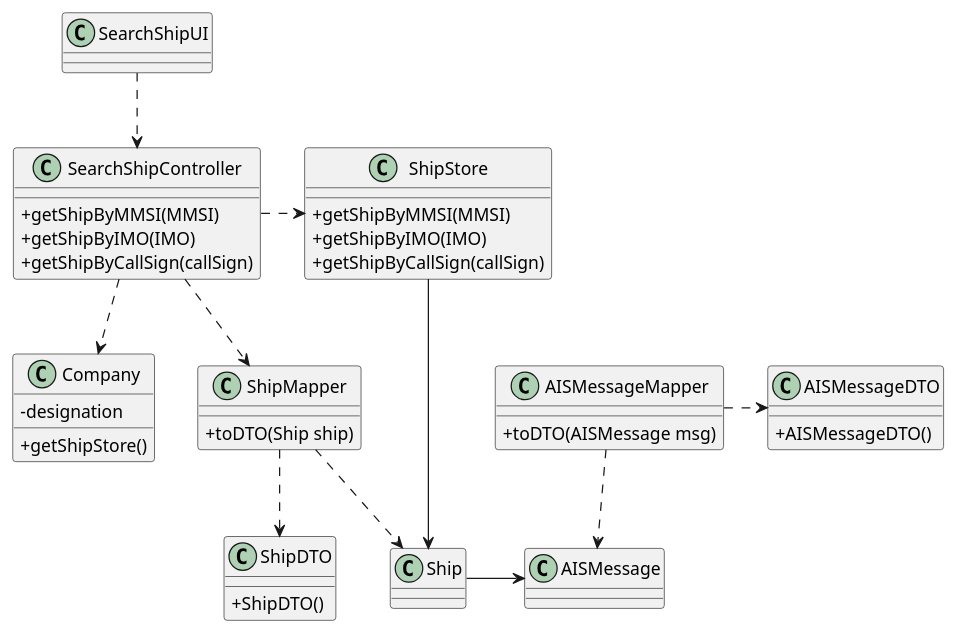
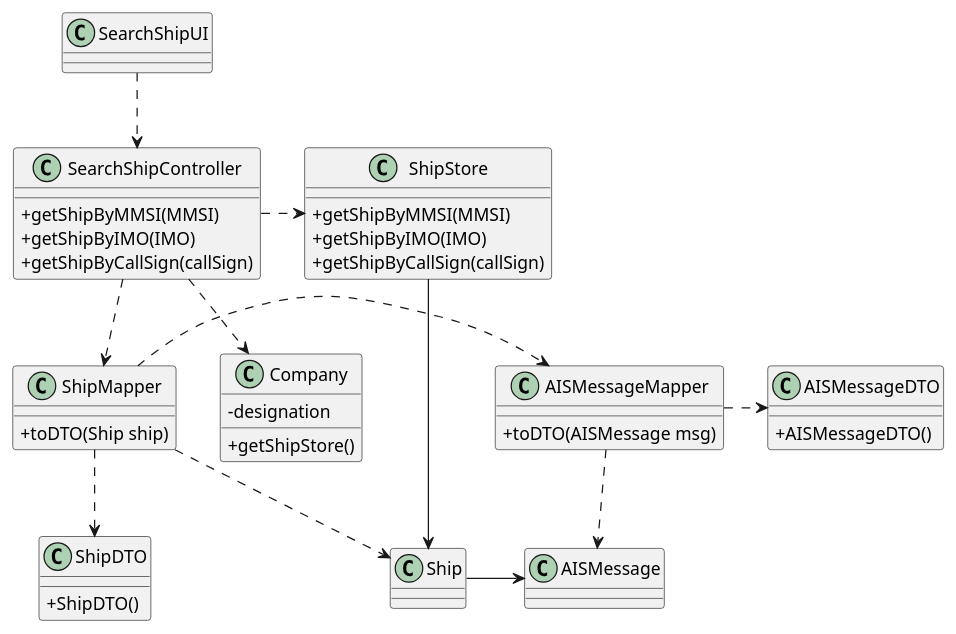
One commit to mpoboas/lapr3-2021-g102 changed the diagram in docs/Sprint1/US102/US102_CD.puml. Above: the diagram before and after it, drawn with PlantUML. The commit also changed 3 other files, not shown here.

```diff
--- a/docs/Sprint1/US102/US102_CD.puml
+++ b/docs/Sprint1/US102/US102_CD.puml
@@ -1,46 +1,47 @@
 @startuml
 skinparam classAttributeIconSize 0
 
 class Company {
 -designation
 +getShipStore()
 }
 class SearchShipController {
 +getShipByMMSI(MMSI)
 +getShipByIMO(IMO)
 +getShipByCallSign(callSign)
 }
 class SearchShipUI {
 }
 class ShipStore{
 +getShipByMMSI(MMSI)
 +getShipByIMO(IMO)
 +getShipByCallSign(callSign)
 }
 class ShipDTO{
 +ShipDTO()
 }
 class ShipMapper{
 +toDTO(Ship ship)
 }
 class AISMessageDTO{
 +AISMessageDTO()
 }
 class AISMessageMapper{
 +toDTO(AISMessage msg)
 }
 class Ship{}
 class AISMessage{}
 
 SearchShipUI ..> SearchShipController
 SearchShipController ..> Company
 SearchShipController ..> ShipMapper
 SearchShipController .> ShipStore
 ShipMapper ..> ShipDTO
+ShipMapper .> AISMessageMapper
 ShipMapper ..> Ship
 ShipStore -> Ship
 Ship -> AISMessage
 AISMessageMapper ..> AISMessage
 AISMessageMapper .> AISMessageDTO
 
 @enduml
```
